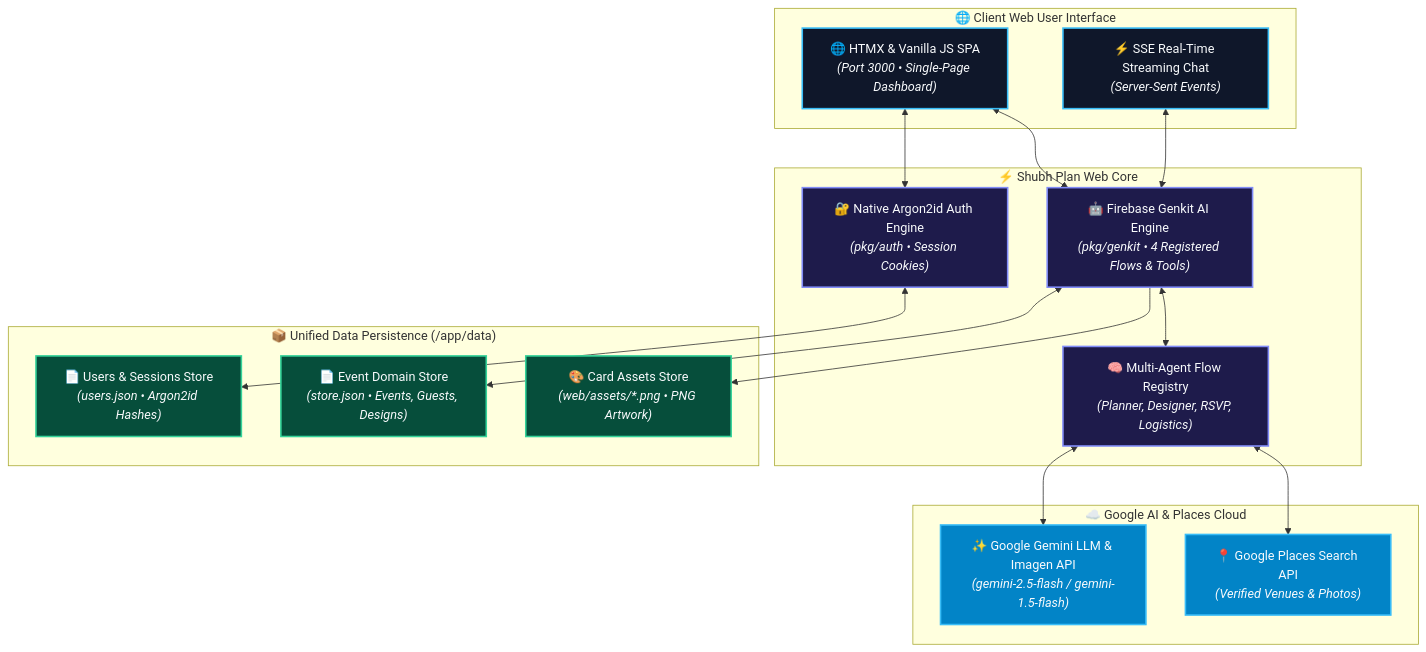
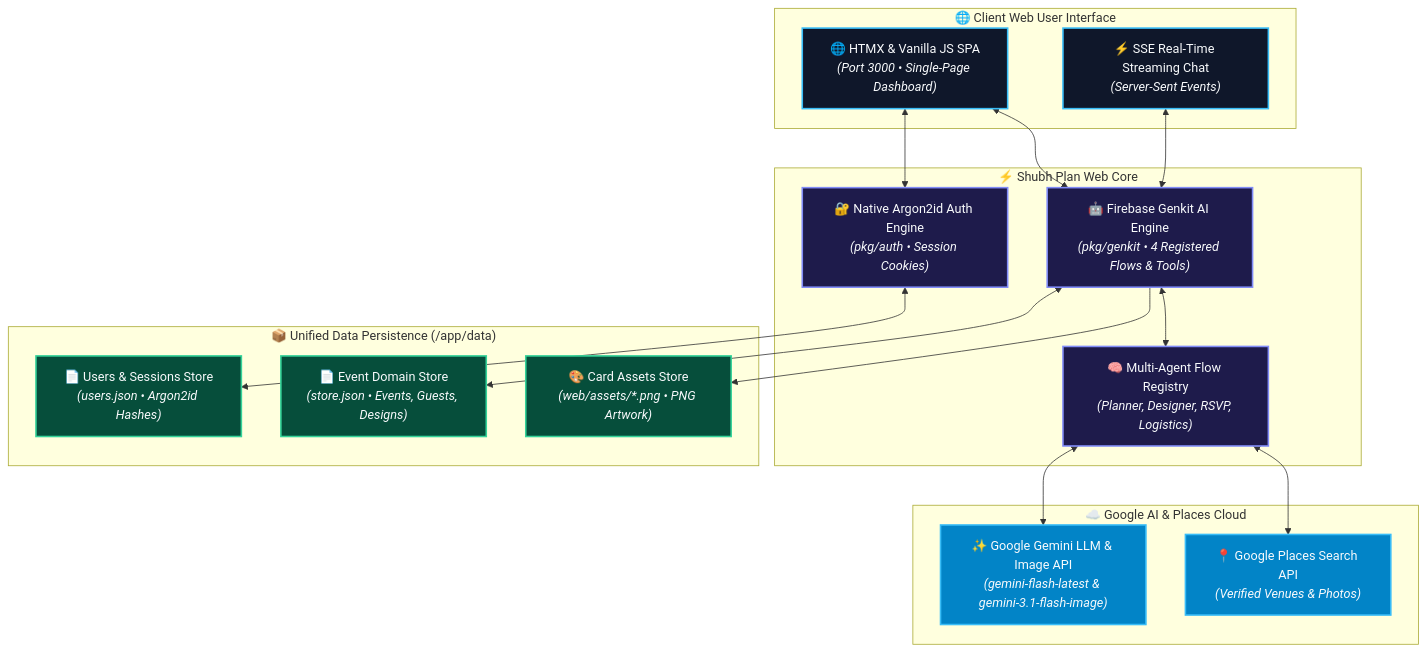
Before and after one commit to Ekarna-Interactive/labs-shubhplan-ai: the diagram in README.md, drawn with Mermaid. The commit also changed other lines of this file and 1 other file, not shown here.

````diff
--- a/README.md
+++ b/README.md
@@ -24,39 +24,38 @@
 ```mermaid
 graph TD
     classDef web fill:#0f172a,stroke:#38bdf8,stroke-width:2px,color:#f8fafc;
     classDef core fill:#1e1b4b,stroke:#818cf8,stroke-width:2px,color:#f8fafc;
     classDef cloud fill:#0284c7,stroke:#38bdf8,stroke-width:2px,color:#f8fafc;
     classDef store fill:#064e3b,stroke:#34d399,stroke-width:2px,color:#f8fafc;
 
     subgraph CLIENTS ["🌐 Client Web User Interface"]
         WEB["🌐 HTMX & Vanilla JS SPA<br/><i>(Port 3000 • Single-Page Dashboard)</i>"]:::web
         SSE["⚡ SSE Real-Time Streaming Chat<br/><i>(Server-Sent Events)</i>"]:::web
     end
 
     subgraph CORE ["⚡ Shubh Plan Web Core"]
         AUTH["🔐 Native Argon2id Auth Engine<br/><i>(pkg/auth • Session Cookies)</i>"]:::core
         GENKIT["🤖 Firebase Genkit AI Engine<br/><i>(pkg/genkit • 4 Registered Flows & Tools)</i>"]:::core
         AGENTS["🧠 Multi-Agent Flow Registry<br/><i>(Planner, Designer, RSVP, Logistics)</i>"]:::core
     end
 
     subgraph CLOUD ["☁️ Google AI & Places Cloud"]
-        GEMINI["✨ Google Gemini LLM & Imagen API<br/><i>(gemini-2.5-flash / gemini-1.5-flash)</i>"]:::cloud
+        GEMINI["✨ Google Gemini LLM & Image API<br/><i>(gemini-flash-latest & gemini-3.1-flash-image)</i>"]:::cloud
         PLACES["📍 Google Places Search API<br/><i>(Verified Venues & Photos)</i>"]:::cloud
     end
-
     subgraph DATA ["📦 Unified Data Persistence (/app/data)"]
         USERDB["📄 Users & Sessions Store<br/><i>(users.json • Argon2id Hashes)</i>"]:::store
         STOREDB["📄 Event Domain Store<br/><i>(store.json • Events, Guests, Designs)</i>"]:::store
         ASSETS["🎨 Card Assets Store<br/><i>(web/assets/*.png • PNG Artwork)</i>"]:::store
     end
 
     WEB <--> AUTH
     WEB <--> GENKIT
     SSE <--> GENKIT
     GENKIT <--> AGENTS
     AGENTS <--> GEMINI
     AGENTS <--> PLACES
     AUTH <--> USERDB
     GENKIT <--> STOREDB
     GENKIT --> ASSETS
 ```
````
